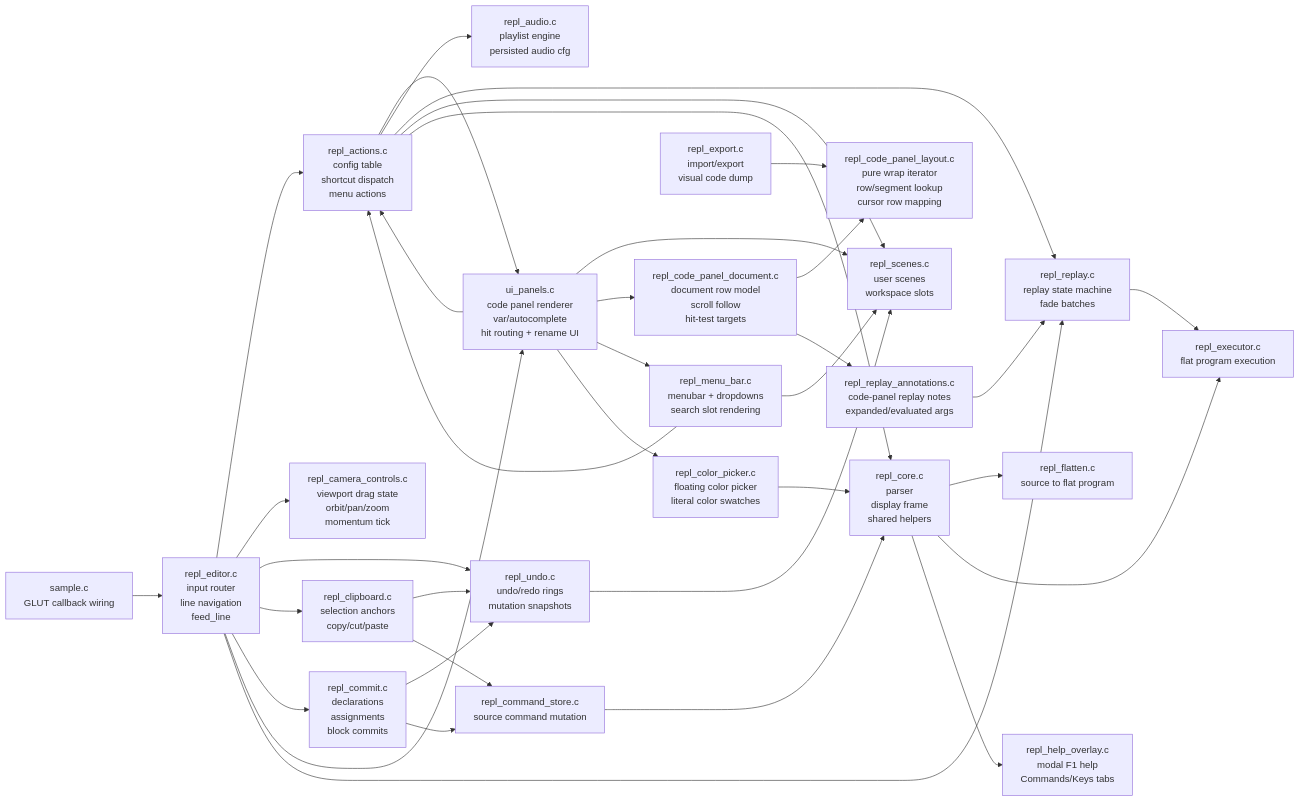
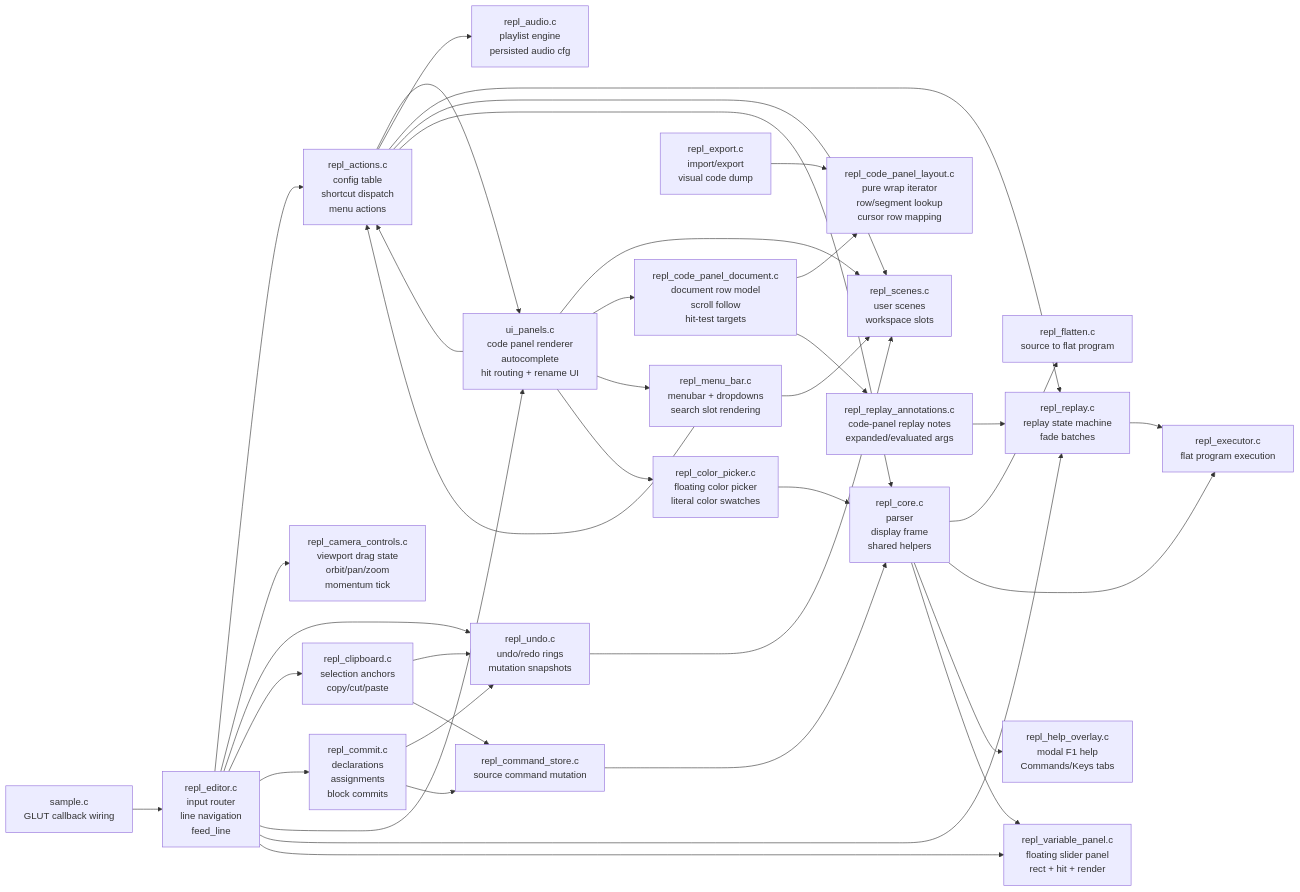
Before and after one commit to drewwoods/gl-repl: the diagram in REPL_REFACTOR_MAP.md, drawn with Mermaid. The commit also changed 12 other files, not shown here.

First line of the commit message:
refactor: extract variable slider panel

````diff
--- a/REPL_REFACTOR_MAP.md
+++ b/REPL_REFACTOR_MAP.md
@@ -7,66 +7,69 @@
 ```mermaid
 flowchart LR
     sample["sample.c<br/>GLUT callback wiring"]
     editor["repl_editor.c<br/>input router<br/>line navigation<br/>feed_line"]
 
     actions["repl_actions.c<br/>config table<br/>shortcut dispatch<br/>menu actions"]
     camera["repl_camera_controls.c<br/>viewport drag state<br/>orbit/pan/zoom<br/>momentum tick"]
     undo["repl_undo.c<br/>undo/redo rings<br/>mutation snapshots"]
     clipboard["repl_clipboard.c<br/>selection anchors<br/>copy/cut/paste"]
     commit["repl_commit.c<br/>declarations<br/>assignments<br/>block commits"]
     store["repl_command_store.c<br/>source command mutation"]
 
-    ui["ui_panels.c<br/>code panel renderer<br/>var/autocomplete<br/>hit routing + rename UI"]
+    ui["ui_panels.c<br/>code panel renderer<br/>autocomplete<br/>hit routing + rename UI"]
     layout["repl_code_panel_layout.c<br/>pure wrap iterator<br/>row/segment lookup<br/>cursor row mapping"]
     docrows["repl_code_panel_document.c<br/>document row model<br/>scroll follow<br/>hit-test targets"]
     menu["repl_menu_bar.c<br/>menubar + dropdowns<br/>search slot rendering"]
     color["repl_color_picker.c<br/>floating color picker<br/>literal color swatches"]
     help["repl_help_overlay.c<br/>modal F1 help<br/>Commands/Keys tabs"]
+    varpanel["repl_variable_panel.c<br/>floating slider panel<br/>rect + hit + render"]
     replay_ann["repl_replay_annotations.c<br/>code-panel replay notes<br/>expanded/evaluated args"]
     export["repl_export.c<br/>import/export<br/>visual code dump"]
     audio["repl_audio.c<br/>playlist engine<br/>persisted audio cfg"]
     replay["repl_replay.c<br/>replay state machine<br/>fade batches"]
     scenes["repl_scenes.c<br/>user scenes<br/>workspace slots"]
     core["repl_core.c<br/>parser<br/>display frame<br/>shared helpers"]
     flatten["repl_flatten.c<br/>source to flat program"]
     exec["repl_executor.c<br/>flat program execution"]
 
     sample --> editor
     editor --> actions
     editor --> camera
     editor --> undo
     editor --> clipboard
     editor --> commit
     editor --> ui
     editor --> replay
 
     actions --> ui
     actions --> audio
     actions --> replay
     actions --> scenes
     actions --> core
 
     clipboard --> undo
     clipboard --> store
     commit --> undo
     commit --> store
     undo --> scenes
     store --> core
 
     core --> flatten
     core --> exec
     core --> help
+    core --> varpanel
+    editor --> varpanel
     replay --> exec
     ui --> actions
     ui --> scenes
     ui --> docrows
     ui --> menu
     ui --> color
     docrows --> layout
     docrows --> replay_ann
     replay_ann --> replay
     menu --> actions
     menu --> scenes
     color --> core
     export --> layout
 ```
````
